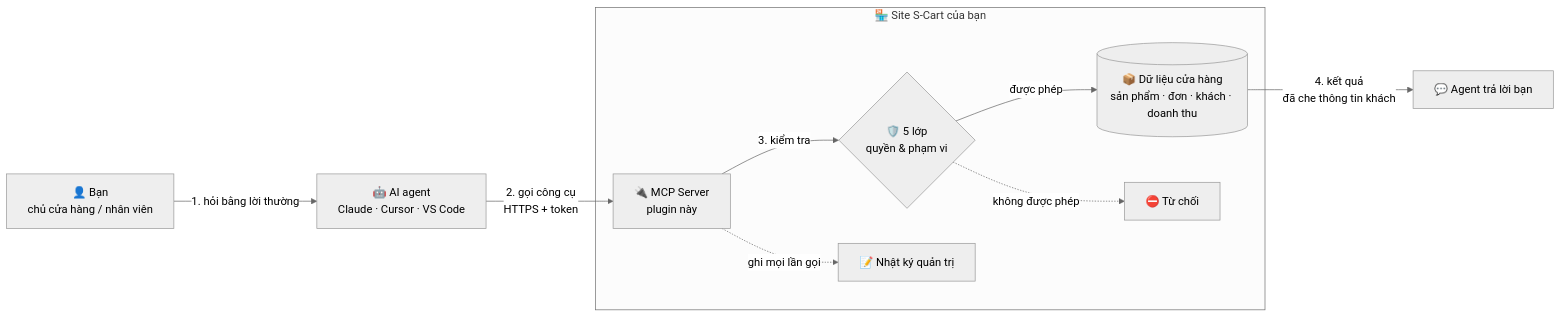
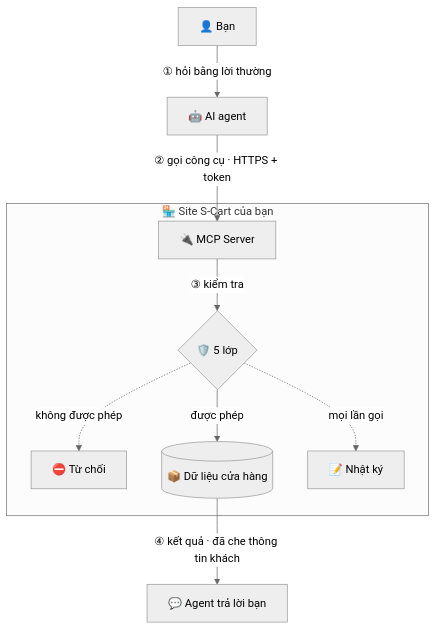
Before and after one commit to gp247-plugin/McpServer: the first of 4 diagrams in readme_vi.md, drawn with Mermaid (neutral theme). The commit also changed 1 other file, not shown here.

Commit message:
Docs: redraw the README overview chart top-down and balanced
The "big picture" Mermaid chart now flows top-down in one centred column
(you, AI agent, MCP Server, 5 checks, shop data, answer) with "refused"
and "admin log" as symmetric side branches of the 5 checks. Width drops
from about 1300px to about 510-550px, so it stays readable in narrow
panes. Both language versions updated; all charts verified to render.

````diff
--- a/readme_vi.md
+++ b/readme_vi.md
@@ -26,12 +26,12 @@
 ```mermaid
-flowchart LR
-    U["👤 Bạn<br/>chủ cửa hàng / nhân viên"] -- "1. hỏi bằng lời thường" --> A["🤖 AI agent<br/>Claude · Cursor · VS Code"]
-    A -- "2. gọi công cụ<br/>HTTPS + token" --> M
+flowchart TD
+    U["👤 Bạn"] -- "① hỏi bằng lời thường" --> A["🤖 AI agent"]
+    A -- "② gọi công cụ · HTTPS + token" --> M
     subgraph SITE["🏪 Site S-Cart của bạn"]
-        M["🔌 MCP Server<br/>plugin này"] -- "3. kiểm tra" --> G{"🛡️ 5 lớp<br/>quyền & phạm vi"}
-        G -- "được phép" --> D[("📦 Dữ liệu cửa hàng<br/>sản phẩm · đơn · khách · doanh thu")]
+        M["🔌 MCP Server"] -- "③ kiểm tra" --> G{"🛡️ 5 lớp"}
         G -. "không được phép" .-> X["⛔ Từ chối"]
-        M -. "ghi mọi lần gọi" .-> L["📝 Nhật ký quản trị"]
+        G -- "được phép" --> D[("📦 Dữ liệu cửa hàng")]
+        G -. "mọi lần gọi" .-> L["📝 Nhật ký"]
     end
-    D -- "4. kết quả<br/>đã che thông tin khách" --> R["💬 Agent trả lời bạn"]
+    D -- "④ kết quả · đã che thông tin khách" --> R["💬 Agent trả lời bạn"]
 ```
````
